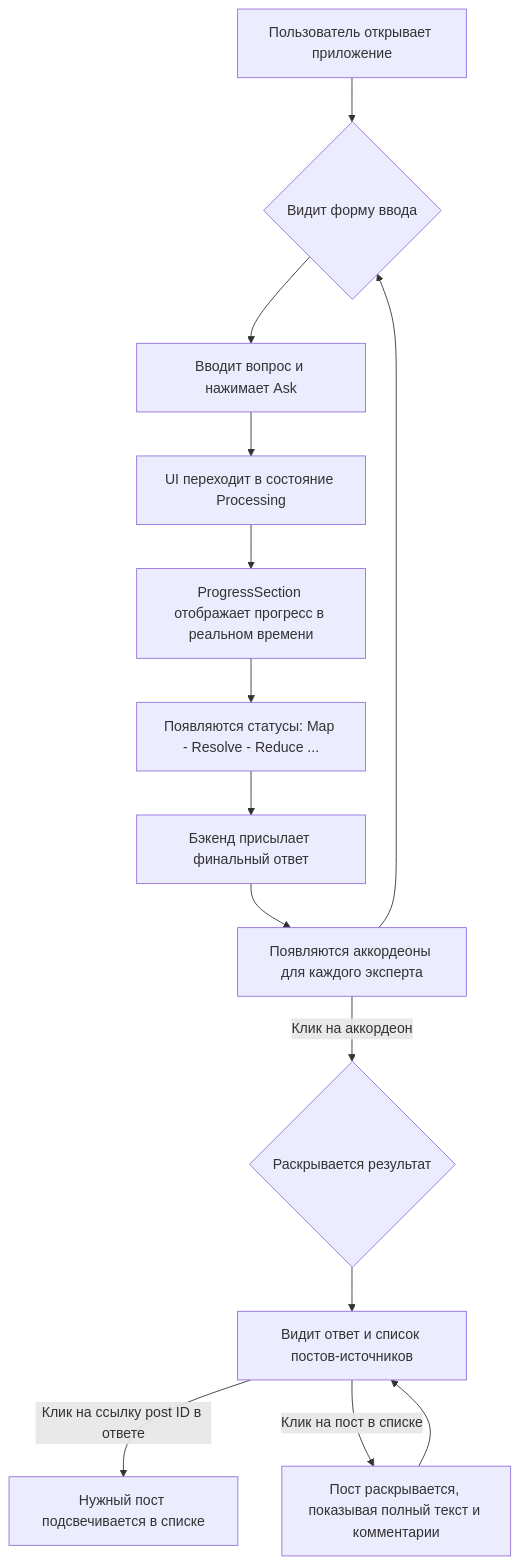
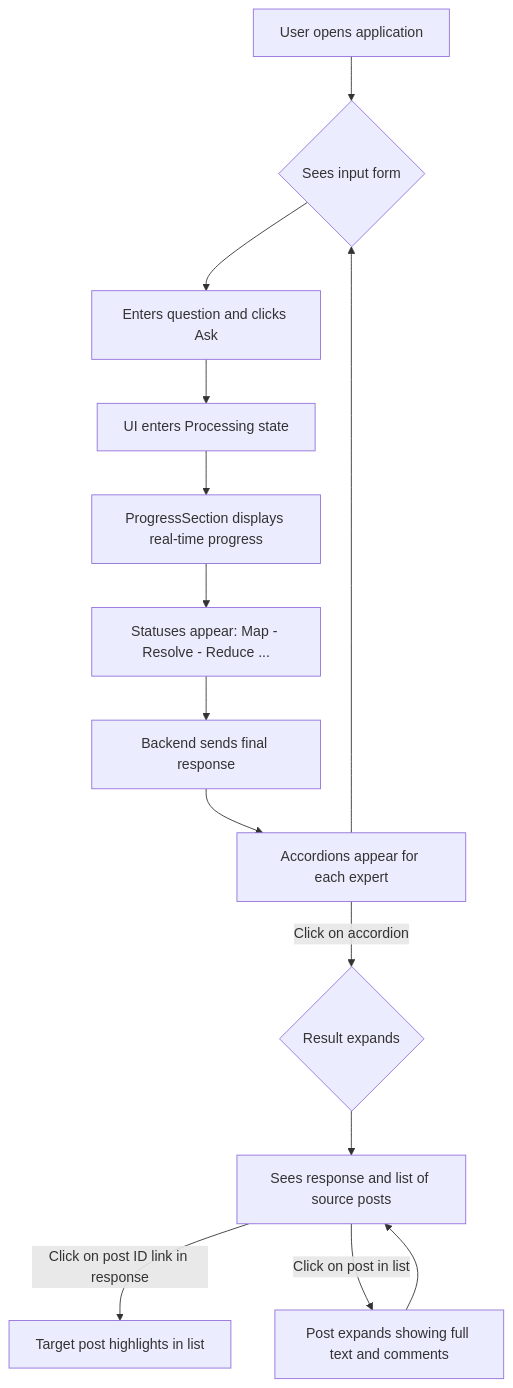
The fourth of 5 diagrams in README.md (shao3d/Experts_panel), drawn with Mermaid before and after one commit. The commit also changed other lines of this file, not shown here.

First line of the commit message:
feat: Translate README and all Mermaid diagrams from Russian to English

````diff
--- a/README.md
+++ b/README.md
@@ -97,16 +97,16 @@
 ```mermaid
 graph TD
-    A[Пользователь открывает приложение] --> B{Видит форму ввода}
-    B --> C[Вводит вопрос и нажимает Ask]
-    C --> D[UI переходит в состояние Processing]
-    D --> E[ProgressSection отображает прогресс в реальном времени]
-    E --> F["Появляются статусы: Map - Resolve - Reduce ..."]
-    F --> G[Бэкенд присылает финальный ответ]
-    G --> H[Появляются аккордеоны для каждого эксперта]
-    H -- "Клик на аккордеон" --> I{Раскрывается результат}
-    I --> J[Видит ответ и список постов-источников]
-    J -- "Клик на ссылку post ID в ответе" --> K[Нужный пост подсвечивается в списке]
-    J -- "Клик на пост в списке" --> L[Пост раскрывается, показывая полный текст и комментарии]
+    A[User opens application] --> B{Sees input form}
+    B --> C[Enters question and clicks Ask]
+    C --> D[UI enters Processing state]
+    D --> E[ProgressSection displays real-time progress]
+    E --> F["Statuses appear: Map - Resolve - Reduce ..."]
+    F --> G[Backend sends final response]
+    G --> H[Accordions appear for each expert]
+    H -- "Click on accordion" --> I{Result expands}
+    I --> J[Sees response and list of source posts]
+    J -- "Click on post ID link in response" --> K[Target post highlights in list]
+    J -- "Click on post in list" --> L[Post expands showing full text and comments]
     L --> J
     H --> B
 ```
````
